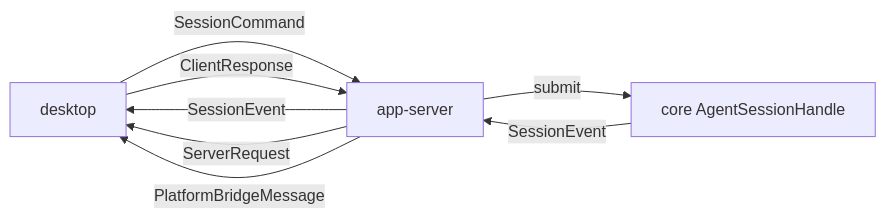
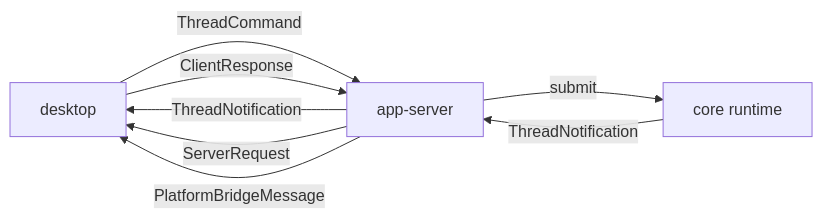
Before and after one commit to Lixuhang987/SpotAgent: the diagram in packages/core/src/protocol/protocol.md, drawn with Mermaid. The commit also changed other lines of this file and 19 other files, not shown here.

Commit message:
refactor: add core thread protocol and storage

````diff
--- a/packages/core/src/protocol/protocol.md
+++ b/packages/core/src/protocol/protocol.md
@@ -25,10 +25,10 @@
 ```mermaid
 flowchart LR
-  A[desktop] -->|SessionCommand| B[app-server]
-  B -->|submit| C[core AgentSessionHandle]
-  C -->|SessionEvent| B
-  B -->|SessionEvent| A
+  A[desktop] -->|ThreadCommand| B[app-server]
+  B -->|submit| C[core runtime]
+  C -->|ThreadNotification| B
+  B -->|ThreadNotification| A
   B -->|ServerRequest| A
   A -->|ClientResponse| B
   B -->|PlatformBridgeMessage| A
 ```
````
